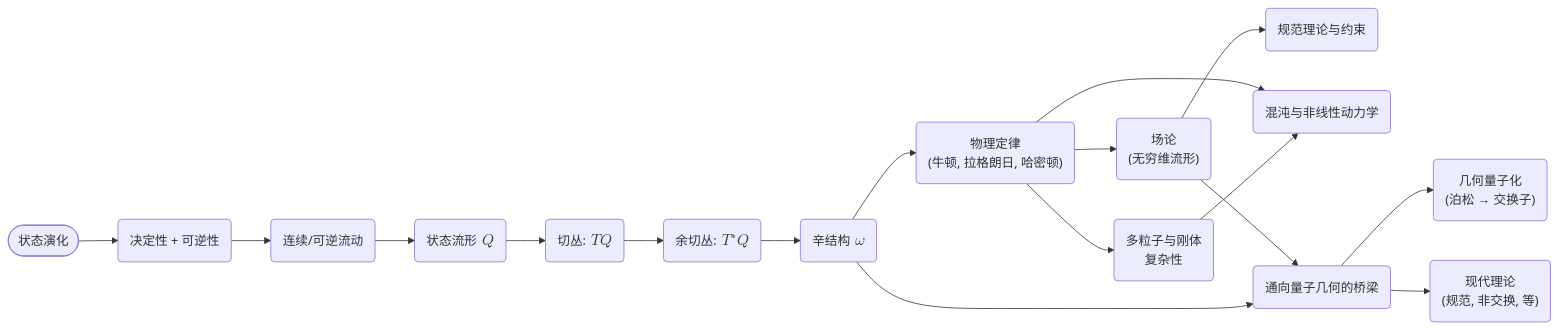
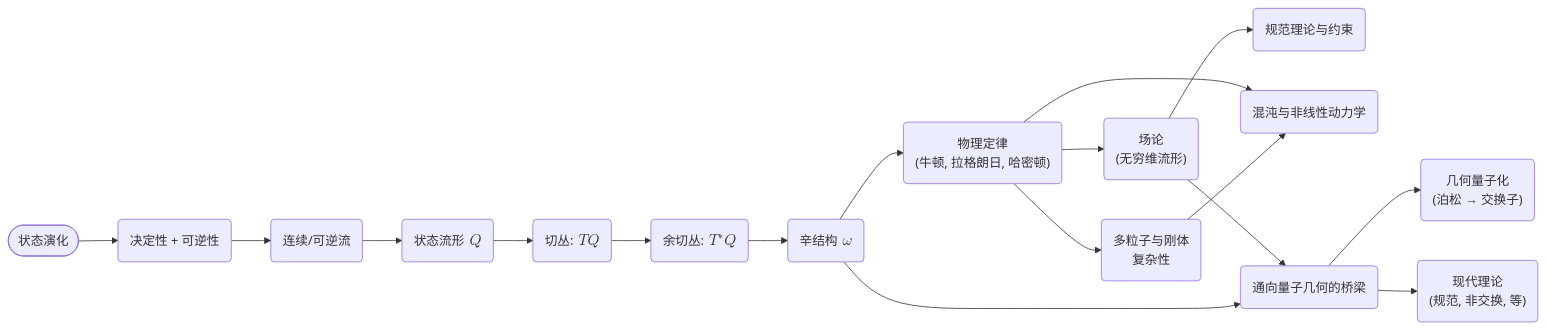
Before and after one commit to shuyong/study-notes-AI: the diagram in Mechanics/Classical Mechanics/Reinvention/GPT-o1-v6/经典力学的激进重构：从核心演化到普遍几何秩序.md, drawn with Mermaid. The commit also changed other lines of this file and 27 other files, not shown here.

````diff
--- a/Mechanics/Classical Mechanics/Reinvention/GPT-o1-v6/经典力学的激进重构：从核心演化到普遍几何秩序.md
+++ b/Mechanics/Classical Mechanics/Reinvention/GPT-o1-v6/经典力学的激进重构：从核心演化到普遍几何秩序.md
@@ -658,19 +658,19 @@
 ```mermaid
 flowchart LR
     A([状态演化]) --> B(决定性 + 可逆性)
-    B --> C(连续/可逆流动)
+    B --> C(连续/可逆流)
     C --> D(状态流形 $$~Q$$)
     D --> E(切丛: $$~TQ$$)
     E --> F(余切丛: $$~T^*Q$$)
     F --> G(辛结构 $$~\omega$$)
     G --> H("物理定律 <br>(牛顿, 拉格朗日, 哈密顿)")
     H --> I1("多粒子与刚体 <br>复杂性")
     H --> I2("场论 <br>(无穷维流形)")
     I2 --> I3(规范理论与约束)
     H --> J(混沌与非线性动力学)
     I1 --> J
     I2 --> K(通向量子几何的桥梁)
     G --> K
     K --> L("几何量子化 <br>(泊松 → 交换子)")
     K --> M("现代理论 <br>(规范, 非交换, 等)")
 ```
````
